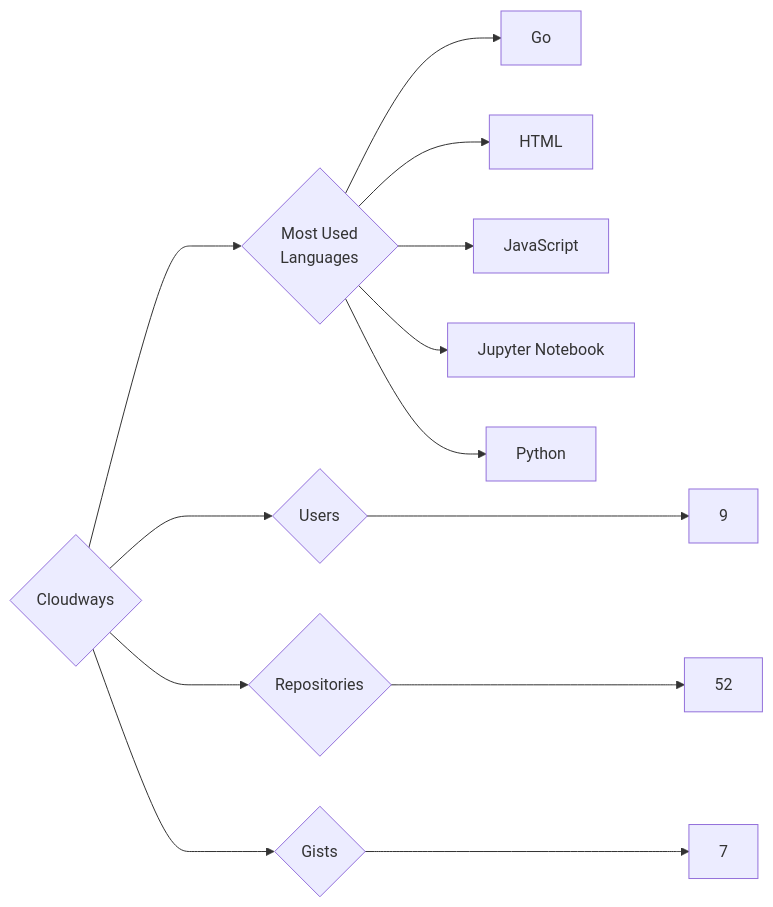
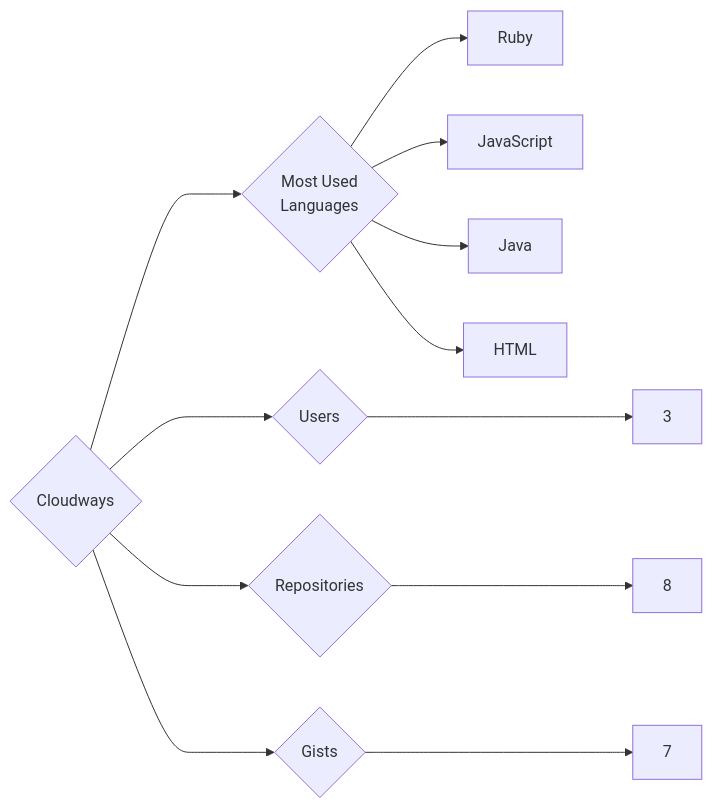
One commit to trickest/insiders changed the diagram in targets/Cloudways/README.md. Above: the diagram before and after it, drawn with Mermaid. The commit also changed 745 other files, not shown here.

````diff
--- a/targets/Cloudways/README.md
+++ b/targets/Cloudways/README.md
@@ -3,13 +3,12 @@
 ```mermaid
 graph LR
 COMPANY_NAME{Cloudways}
-COMPANY_NAME ---> U{Users} ---> UN[9]
-COMPANY_NAME ---> R{Repositories} ---> RN[52]
+COMPANY_NAME ---> U{Users} ---> UN[3]
+COMPANY_NAME ---> R{Repositories} ---> RN[8]
 COMPANY_NAME ---> G{Gists} ---> GN[7]
 COMPANY_NAME ---> ML{Most Used<br>Languages}
-ML --> Go[Go]
+ML --> Ruby[Ruby]
+ML --> JavaScript[JavaScript]
+ML --> Java[Java]
 ML --> HTML[HTML]
-ML --> JavaScript[JavaScript]
-ML --> Jupyter_Notebook[Jupyter Notebook]
-ML --> Python[Python]
 ```
````
